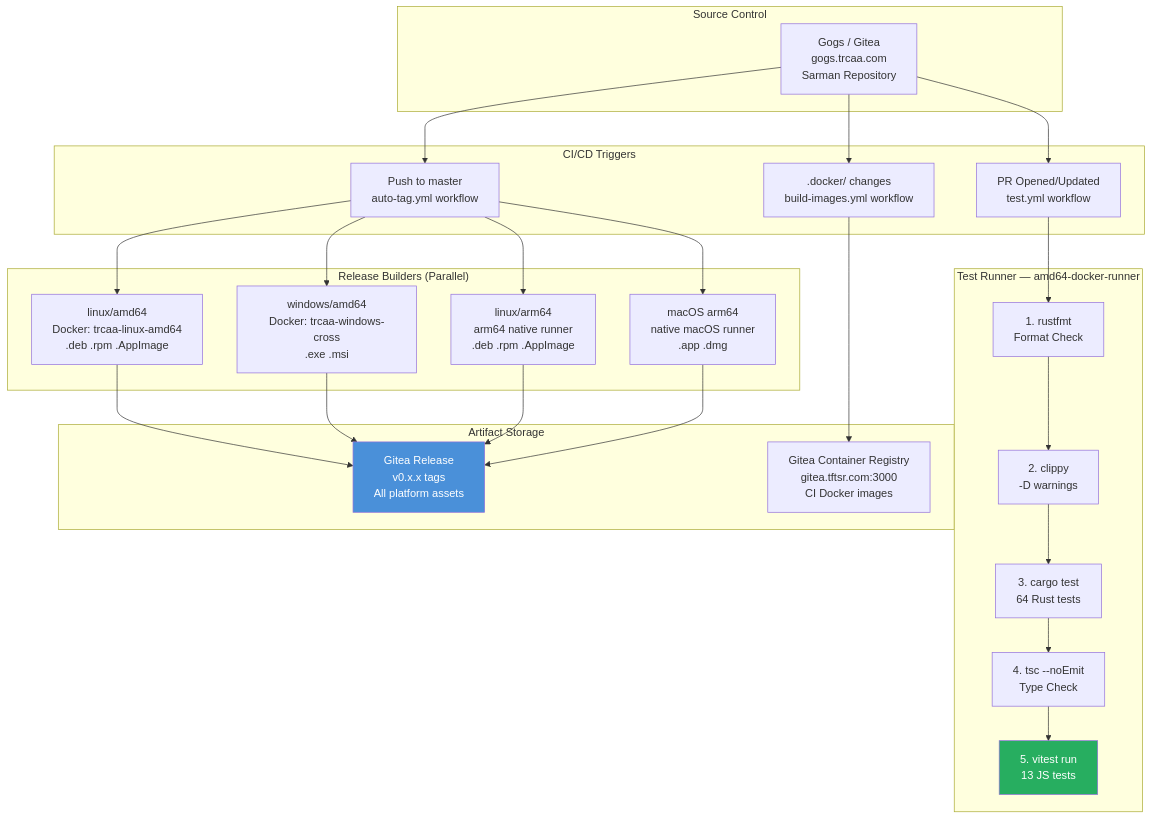
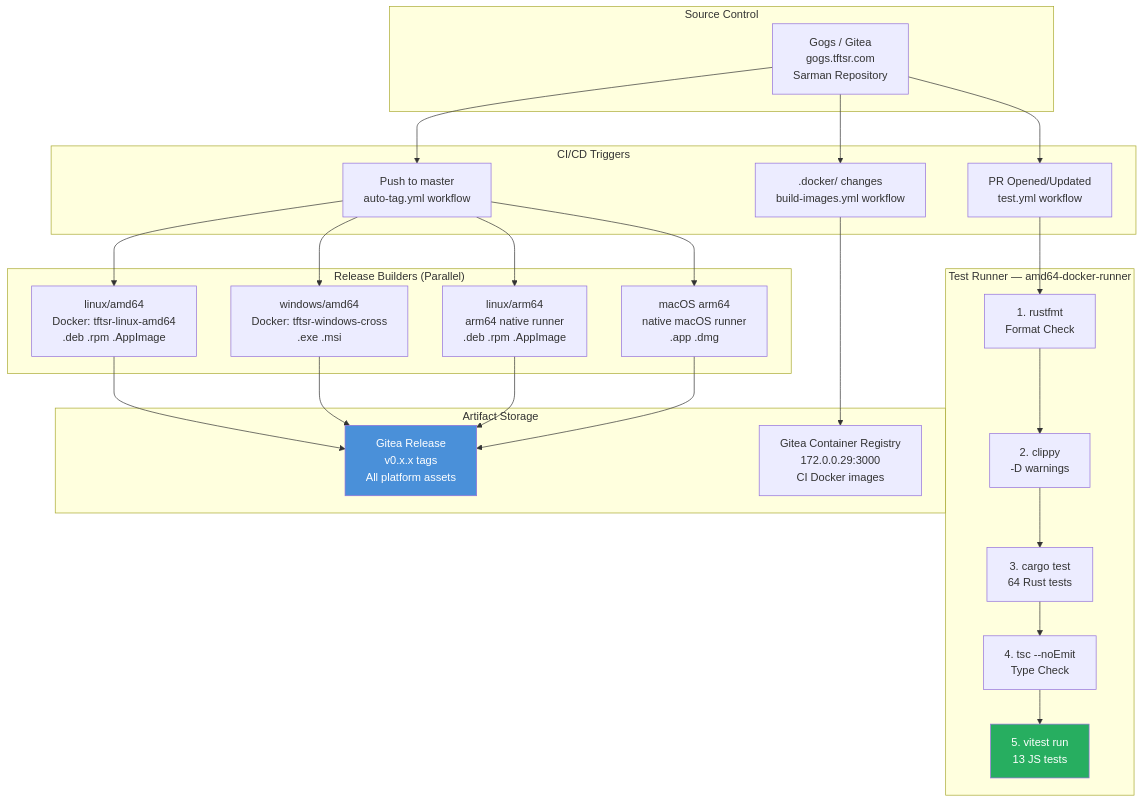
Diagram 16 of 19 in docs/architecture/README.md (armconsol/tftsr-devops_investigation), drawn with Mermaid before and after one commit. The commit also changed other lines of this file and 34 other files, not shown here.

First line of the commit message:
fix: comprehensive trcaa→tftsr conversion and URL corrections

````diff
--- a/docs/architecture/README.md
+++ b/docs/architecture/README.md
@@ -1167,57 +1167,57 @@
 ```mermaid
 graph TB
     subgraph "Source Control"
-        GOGS[Gogs / Gitea\ngogs.trcaa.com\nSarman Repository]
+        GOGS[Gogs / Gitea\ngogs.tftsr.com\nSarman Repository]
     end
 
     subgraph "CI/CD Triggers"
         PR_TRIGGER[PR Opened/Updated\ntest.yml workflow]
         MASTER_TRIGGER[Push to master\nauto-tag.yml workflow]
         DOCKER_TRIGGER[.docker/ changes\nbuild-images.yml workflow]
     end
 
     subgraph "Test Runner — amd64-docker-runner"
         RUSTFMT[1. rustfmt\nFormat Check]
         CLIPPY[2. clippy\n-D warnings]
         CARGO_TEST[3. cargo test\n64 Rust tests]
         TSC[4. tsc --noEmit\nType Check]
         VITEST[5. vitest run\n13 JS tests]
     end
 
     subgraph "Release Builders (Parallel)"
-        AMD64[linux/amd64\nDocker: trcaa-linux-amd64\n.deb .rpm .AppImage]
-        WINDOWS[windows/amd64\nDocker: trcaa-windows-cross\n.exe .msi]
+        AMD64[linux/amd64\nDocker: tftsr-linux-amd64\n.deb .rpm .AppImage]
+        WINDOWS[windows/amd64\nDocker: tftsr-windows-cross\n.exe .msi]
         ARM64[linux/arm64\narm64 native runner\n.deb .rpm .AppImage]
         MACOS[macOS arm64\nnative macOS runner\n.app .dmg]
     end
 
     subgraph "Artifact Storage"
         RELEASE[Gitea Release\nv0.x.x tags\nAll platform assets]
-        REGISTRY[Gitea Container Registry\ngitea.tftsr.com:3000\nCI Docker images]
+        REGISTRY[Gitea Container Registry\n172.0.0.29:3000\nCI Docker images]
     end
 
     GOGS --> PR_TRIGGER
     GOGS --> MASTER_TRIGGER
     GOGS --> DOCKER_TRIGGER
 
     PR_TRIGGER --> RUSTFMT
     RUSTFMT --> CLIPPY
     CLIPPY --> CARGO_TEST
     CARGO_TEST --> TSC
     TSC --> VITEST
 
     MASTER_TRIGGER --> AMD64
     MASTER_TRIGGER --> WINDOWS
     MASTER_TRIGGER --> ARM64
     MASTER_TRIGGER --> MACOS
 
     AMD64 --> RELEASE
     WINDOWS --> RELEASE
     ARM64 --> RELEASE
     MACOS --> RELEASE
 
     DOCKER_TRIGGER --> REGISTRY
 
     style VITEST fill:#27ae60,color:#fff
     style RELEASE fill:#4a90d9,color:#fff
 ```
````
